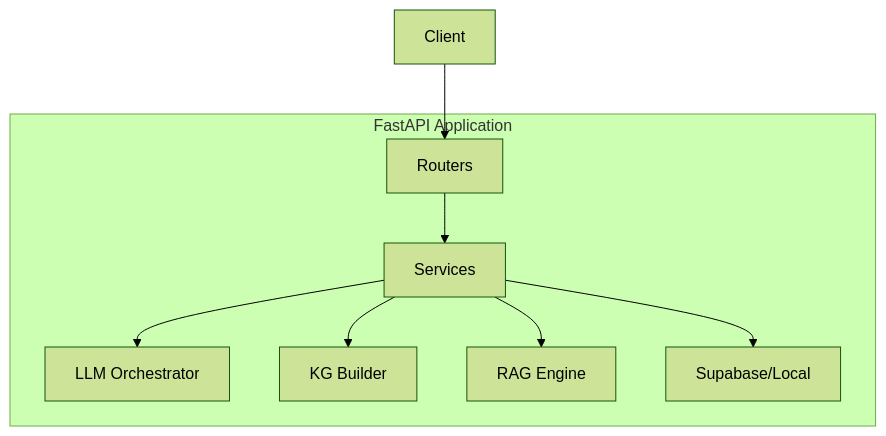
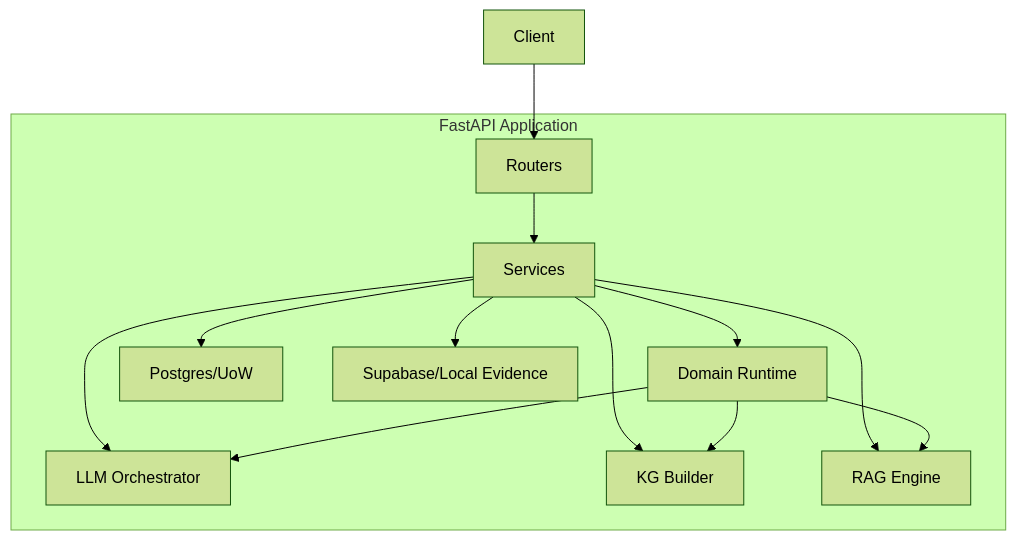
Before and after one commit to MSH4R1F/proposer: the first of 2 diagrams in apps/api/README.md, drawn with Mermaid (forest theme). The commit also changed other lines of this file and 9 other files, not shown here.

````diff
--- a/apps/api/README.md
+++ b/apps/api/README.md
@@ -7,12 +9,17 @@
 ```mermaid
 flowchart TB
     subgraph API["FastAPI Application"]
         Routes[Routers] --> Services[Services]
+        Services --> Domain[Domain Runtime]
         Services --> LLM[LLM Orchestrator]
         Services --> KG[KG Builder]
         Services --> RAG[RAG Engine]
-        Services --> Storage[Supabase/Local]
+        Services --> DB[Postgres/UoW]
+        Services --> Storage[Supabase/Local Evidence]
     end
 
     Client[Client] --> Routes
+    Domain --> LLM
+    Domain --> KG
+    Domain --> RAG
 ```
````
